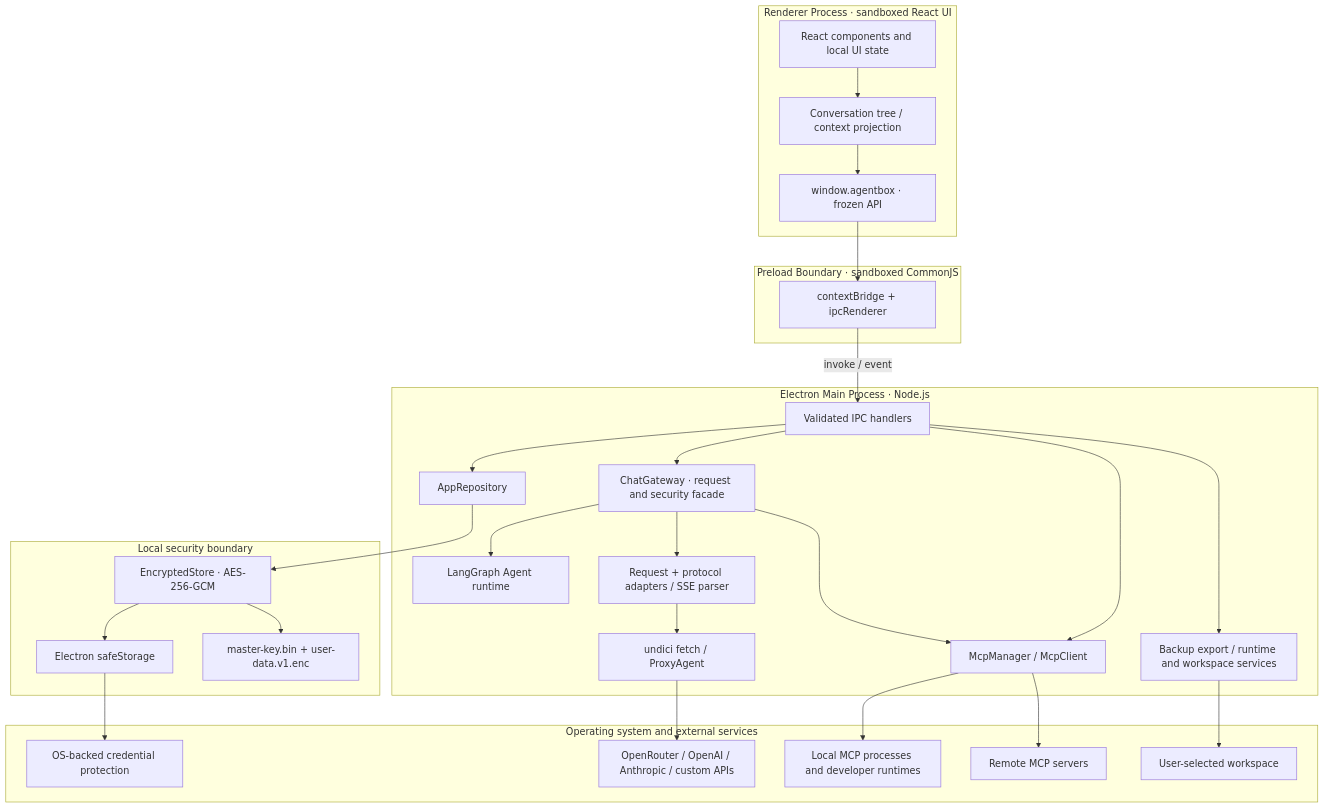
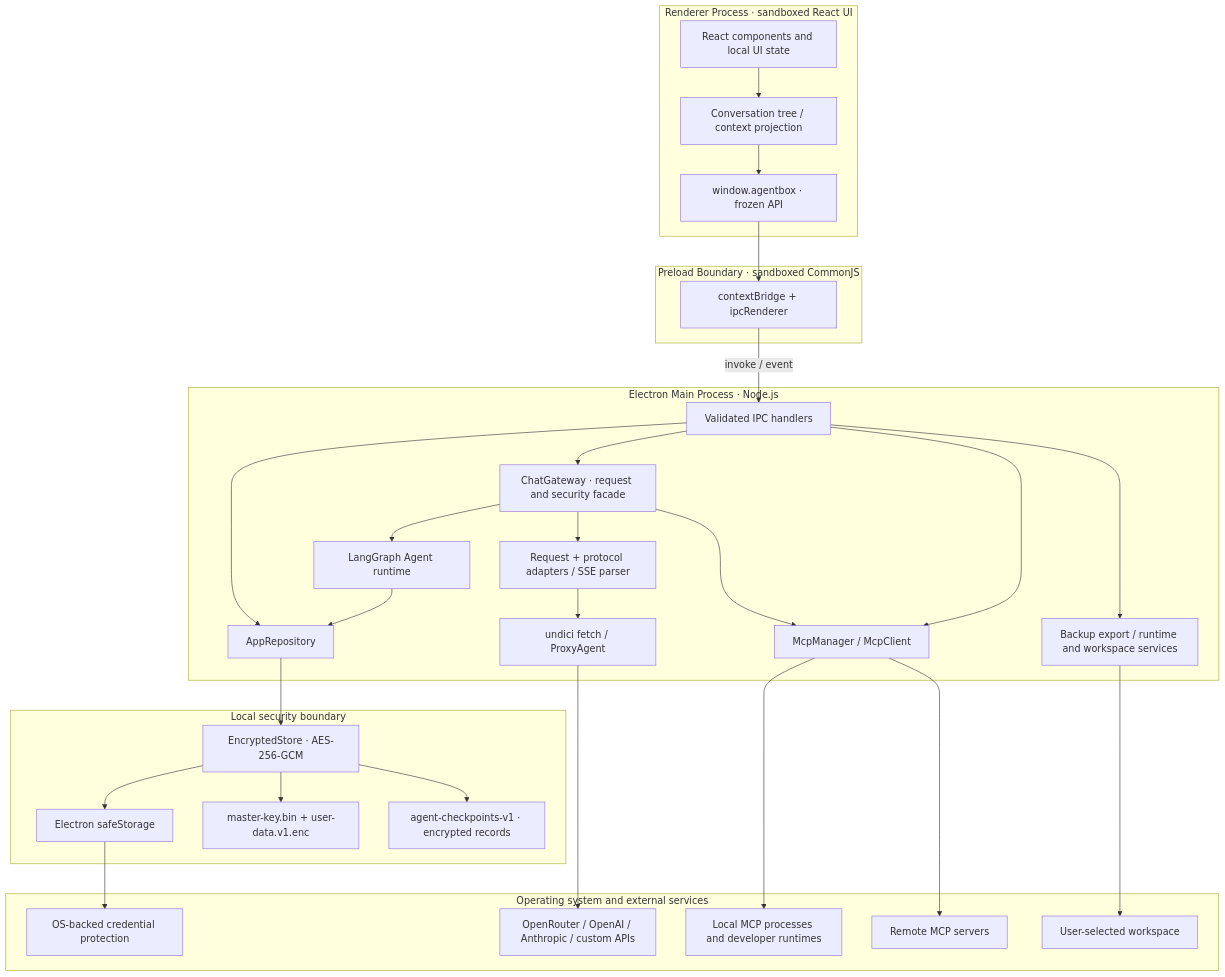
One commit to ac-1e9plus7/agent-box changed the diagram in docs/architecture.md. Above: the diagram before and after it, drawn with Mermaid. The commit also changed other lines of this file and 42 other files, not shown here.

Commit message:
feat: Add encrypted LangGraph checkpoint persistence

````diff
--- a/docs/architecture.md
+++ b/docs/architecture.md
@@ -11,57 +11,60 @@
 ```mermaid
 graph TB
     subgraph Renderer["Renderer Process · sandboxed React UI"]
         UI["React components and local UI state"]
         Projection["Conversation tree / context projection"]
         PublicAPI["window.agentbox · frozen API"]
         UI --> Projection --> PublicAPI
     end
 
     subgraph Preload["Preload Boundary · sandboxed CommonJS"]
         Bridge["contextBridge + ipcRenderer"]
         PublicAPI --> Bridge
     end
 
     subgraph Main["Electron Main Process · Node.js"]
         IPC["Validated IPC handlers"]
         Gateway["ChatGateway · request and security facade"]
         AgentRuntime["LangGraph Agent runtime"]
         Repository["AppRepository"]
         MCP["McpManager / McpClient"]
         Backup["Backup export / runtime and workspace services"]
         Adapters["Request + protocol adapters / SSE parser"]
         Network["undici fetch / ProxyAgent"]
 
         Bridge -->|"invoke / event"| IPC
         IPC --> Gateway
         Gateway --> AgentRuntime
+        AgentRuntime --> Repository
         IPC --> Repository
         IPC --> MCP
         IPC --> Backup
         Gateway --> Adapters --> Network
         Gateway --> MCP
     end
 
     subgraph Storage["Local security boundary"]
         Store["EncryptedStore · AES-256-GCM"]
         SafeStorage["Electron safeStorage"]
         VaultFiles["master-key.bin + user-data.v1.enc"]
+        CheckpointFiles["agent-checkpoints-v1 · encrypted records"]
         Repository --> Store
         Store --> SafeStorage
         Store --> VaultFiles
+        Store --> CheckpointFiles
     end
 
     subgraph External["Operating system and external services"]
         KeyStore["OS-backed credential protection"]
         Providers["OpenRouter / OpenAI / Anthropic / custom APIs"]
         LocalTools["Local MCP processes and developer runtimes"]
         RemoteMCP["Remote MCP servers"]
         Workspace["User-selected workspace"]
 
         SafeStorage --> KeyStore
         Network --> Providers
         MCP --> LocalTools
         MCP --> RemoteMCP
         Backup --> Workspace
     end
 ```
````
